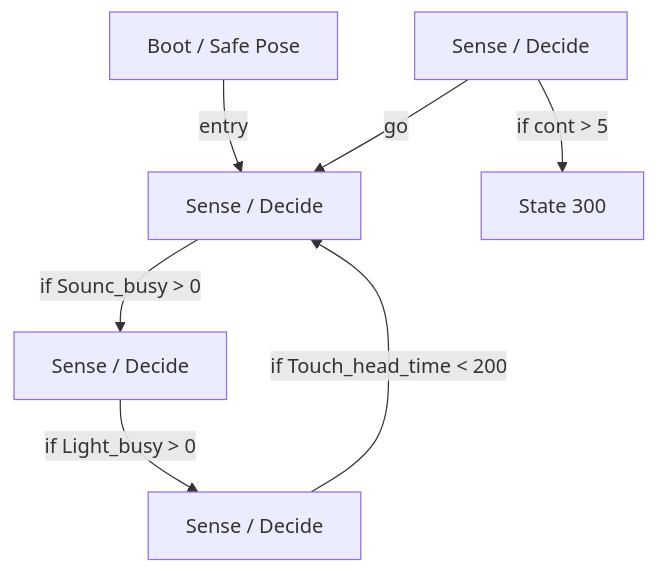
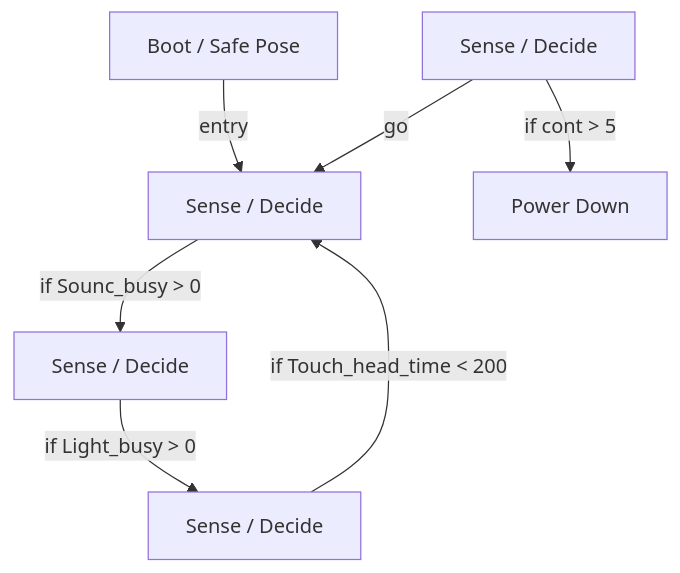
The diagram in src/R-CODE/generated/Smile.behavior.md (cartheur-aibo/aibo-lab), drawn with Mermaid before and after one commit. The commit also changed other lines of this file and 38 other files, not shown here.

````diff
--- a/src/R-CODE/generated/Smile.behavior.md
+++ b/src/R-CODE/generated/Smile.behavior.md
@@ -48,15 +48,15 @@
 ```mermaid
 flowchart TD
     S_INIT["Boot / Safe Pose"]
     S_100["Sense / Decide"]
     S_110["Sense / Decide"]
     S_120["Sense / Decide"]
     S_200["Sense / Decide"]
-    S_300["State 300"]
+    S_300["Power Down"]
     S_INIT -->|entry| S_100
     S_100 -->|if Sounc_busy > 0| S_110
     S_110 -->|if Light_busy > 0| S_120
     S_120 -->|if Touch_head_time < 200| S_100
     S_200 -->|if cont > 5| S_300
     S_200 -->|go| S_100
 ```
````
